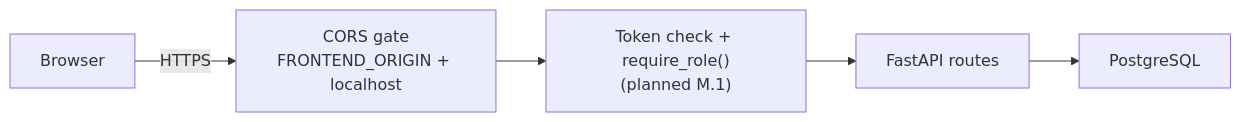
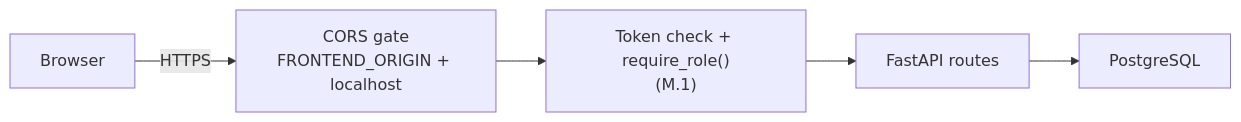
The fourth of 4 diagrams in docs/architecture.md (Kush-Saharan/atlogs), drawn with Mermaid before and after one commit. The commit also changed other lines of this file and 6 other files, not shown here.

Commit message:
test: end-to-end spec §6 P-104 flow; docs and README match the code (M.14)

````diff
--- a/docs/architecture.md
+++ b/docs/architecture.md
@@ -187,7 +186,7 @@
 ```mermaid
 flowchart LR
     Browser["Browser"] -->|HTTPS| CORS["CORS gate<br/>FRONTEND_ORIGIN + localhost"]
-    CORS --> Auth["Token check + require_role()<br/>(planned M.1)"]
+    CORS --> Auth["Token check + require_role()<br/>(M.1)"]
     Auth --> API["FastAPI routes"]
     API --> DB["PostgreSQL"]
 ```
````
